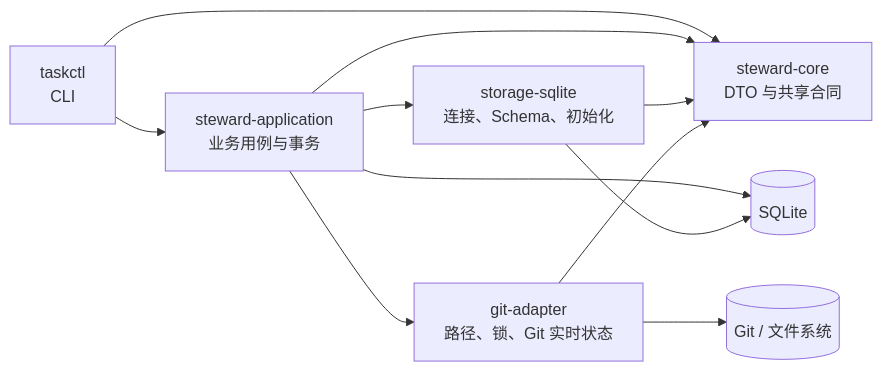
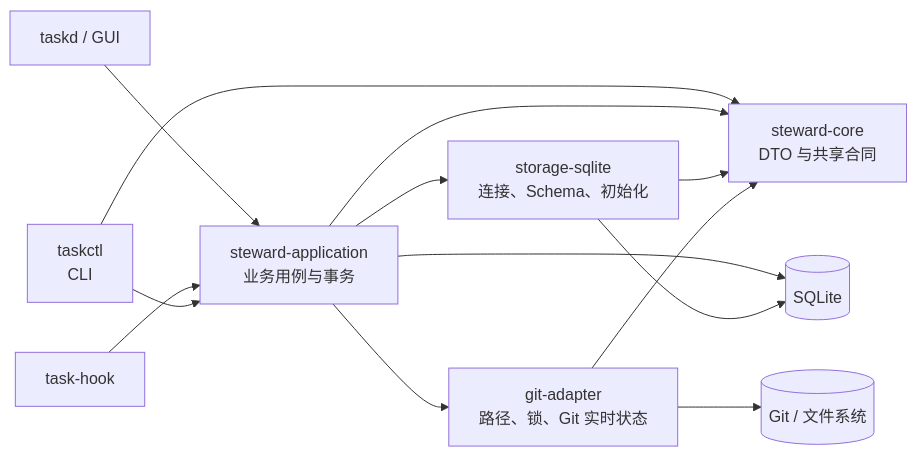
The diagram in CODEMAP.md (cecil-su/agent-steward), drawn with Mermaid before and after one commit. The commit also changed other lines of this file and 37 other files, not shown here.

````diff
--- a/CODEMAP.md
+++ b/CODEMAP.md
@@ -17,21 +17,23 @@
 ```mermaid
 flowchart LR
     CLI["taskctl<br/>CLI"]
     APP["steward-application<br/>业务用例与事务"]
     CORE["steward-core<br/>DTO 与共享合同"]
     DB["storage-sqlite<br/>连接、Schema、初始化"]
     GIT["git-adapter<br/>路径、锁、Git 实时状态"]
     SQLITE[(SQLite)]
     WORKTREE[(Git / 文件系统)]
 
+    HTTP["taskd / GUI"] --> APP
+    HOOK["task-hook"] --> APP
     CLI --> APP
     CLI --> CORE
     APP --> CORE
     APP --> DB
     APP --> GIT
     DB --> CORE
     GIT --> CORE
     APP --> SQLITE
     DB --> SQLITE
     GIT --> WORKTREE
 ```
````
